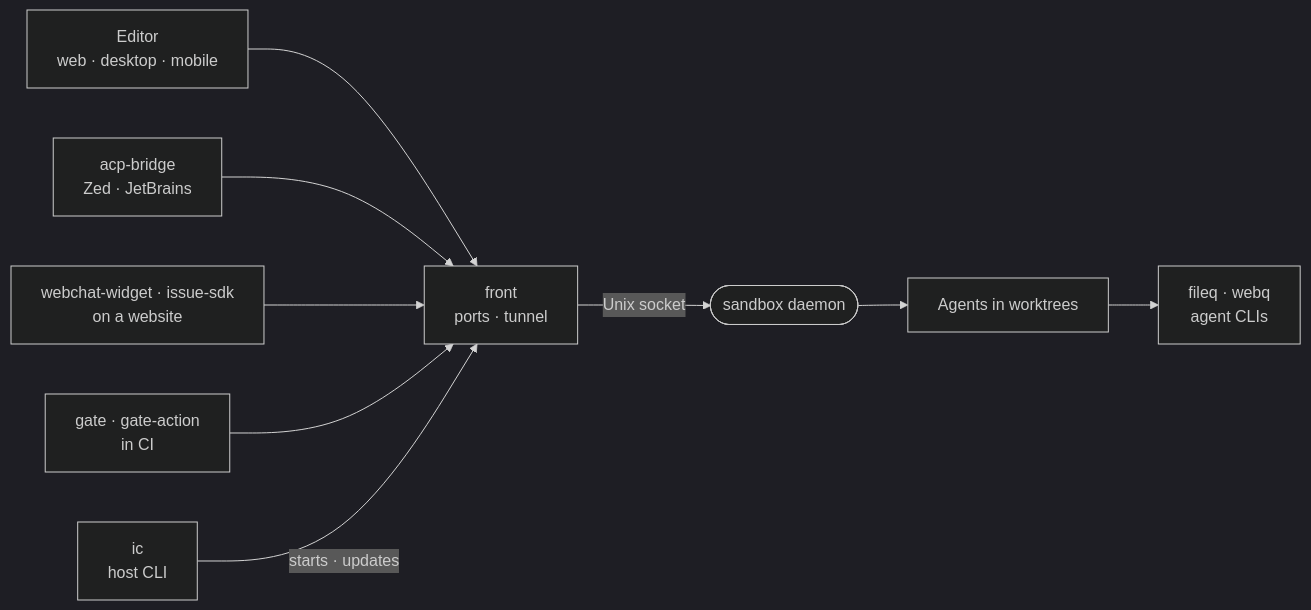
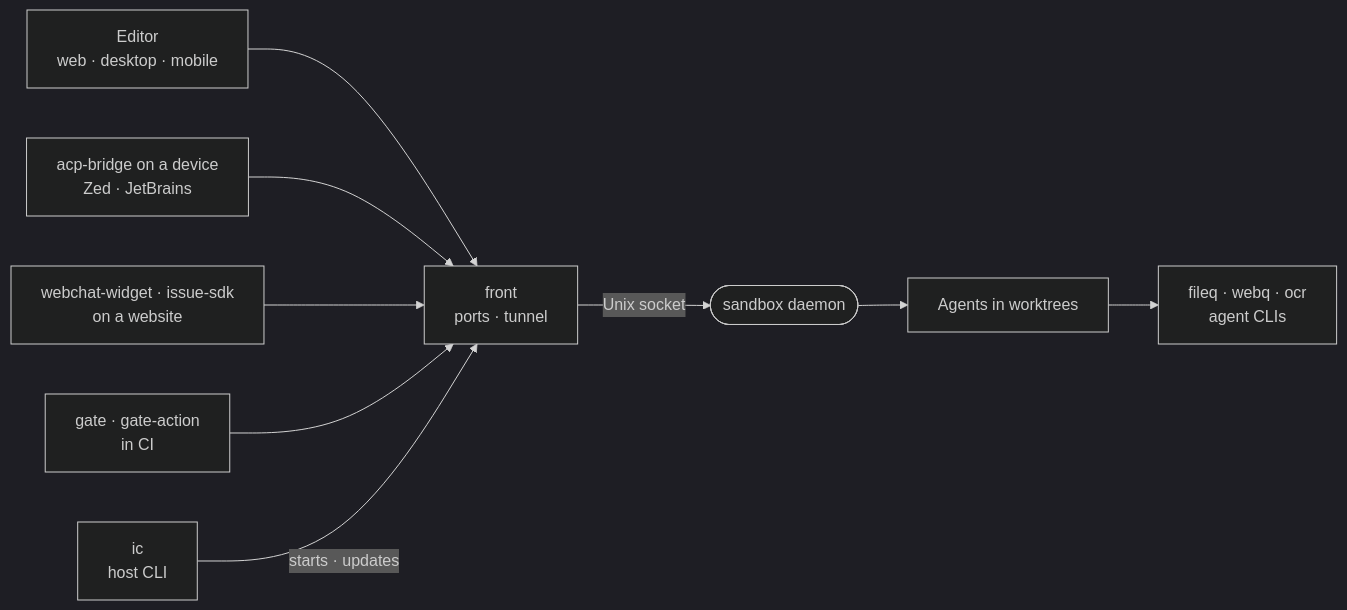
The diagram in _sandbox/README.md (intentic/intentic), drawn with Mermaid (dark theme) before and after one commit. The commit also changed other lines of this file and 2216 other files, not shown here.

Commit message:
chore(docs): refresh architecture index for extension changes

````diff
--- a/_sandbox/README.md
+++ b/_sandbox/README.md
@@ -5,11 +5,11 @@
 ```mermaid
 flowchart LR
     editor["Editor<br/>web · desktop · mobile"] --> front["front<br/>ports · tunnel"]
-    acp["acp-bridge<br/>Zed · JetBrains"] --> front
+    acp["acp-bridge on a device<br/>Zed · JetBrains"] --> front
     embeds["webchat-widget · issue-sdk<br/>on a website"] --> front
     ci["gate · gate-action<br/>in CI"] --> front
     ic["ic<br/>host CLI"] -->|"starts · updates"| front
     front -->|"Unix socket"| daemon(["sandbox daemon"])
     daemon --> agents["Agents in worktrees"]
-    agents --> tools["fileq · webq<br/>agent CLIs"]
+    agents --> tools["fileq · webq · ocr<br/>agent CLIs"]
 ```
````
